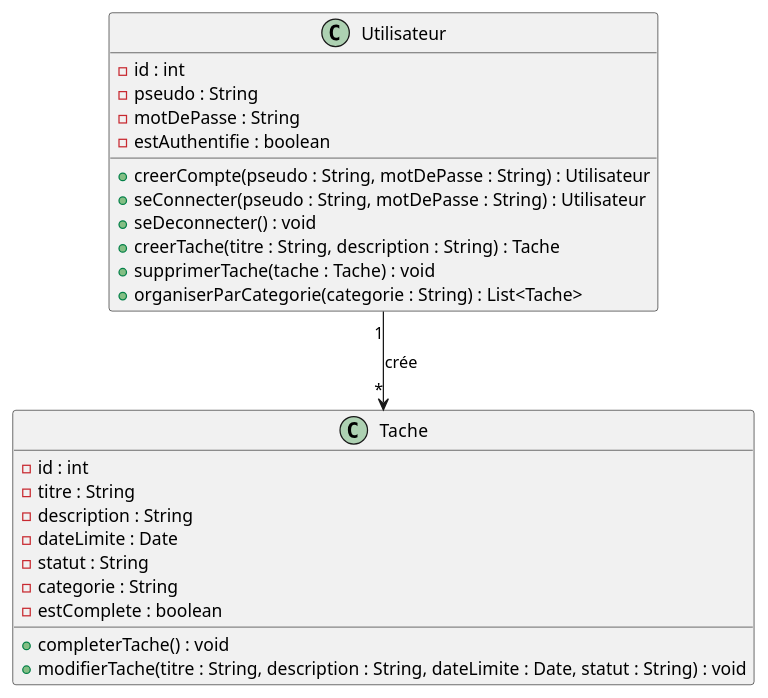
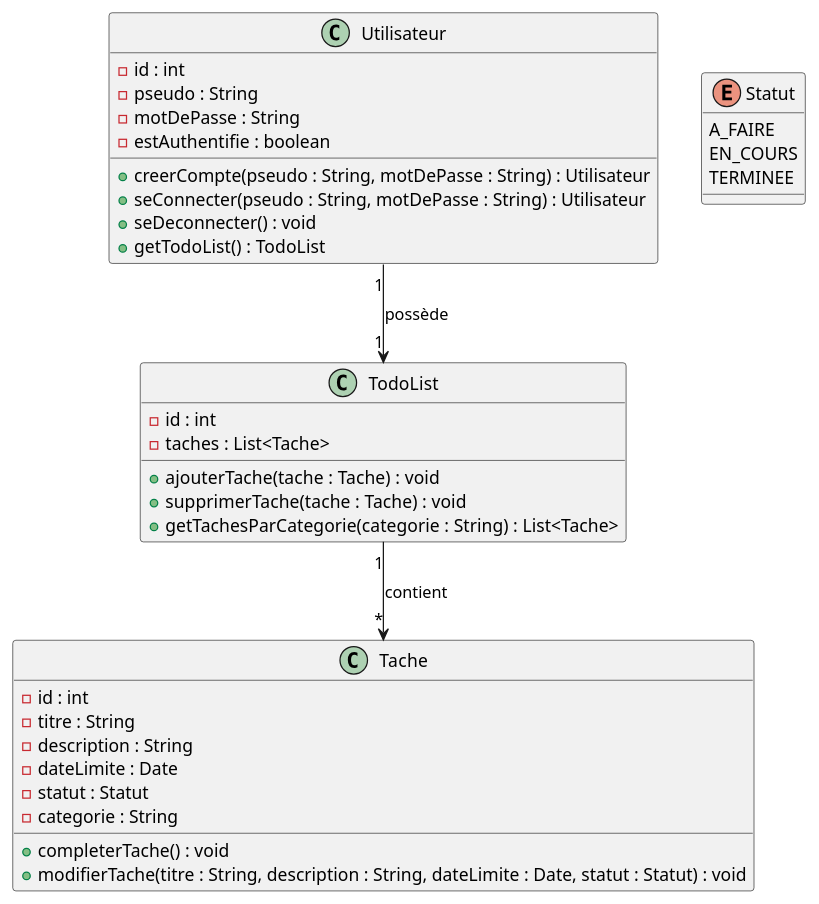
The diagram in src/main/resources/conception/diagramClass/diagramClass.puml (HoudAlami/TodoApp), drawn with PlantUML before and after one commit. The commit also changed 7 other files, not shown here.

Commit message:
Finalisation Modélisation UML

```diff
--- a/src/main/resources/conception/diagramClass/diagramClass.puml
+++ b/src/main/resources/conception/diagramClass/diagramClass.puml
@@ -1,29 +1,40 @@
 @startuml
 class Utilisateur {
     - id : int
     - pseudo : String
     - motDePasse : String
     - estAuthentifie : boolean
     + creerCompte(pseudo : String, motDePasse : String) : Utilisateur
     + seConnecter(pseudo : String, motDePasse : String) : Utilisateur
     + seDeconnecter() : void
-    + creerTache(titre : String, description : String) : Tache
+    + getTodoList() : TodoList
+}
+
+class TodoList {
+    - id : int
+    - taches : List<Tache>
+    + ajouterTache(tache : Tache) : void
     + supprimerTache(tache : Tache) : void
-    + organiserParCategorie(categorie : String) : List<Tache>
+    + getTachesParCategorie(categorie : String) : List<Tache>
 }
 
 class Tache {
     - id : int
     - titre : String
     - description : String
     - dateLimite : Date
-    - statut : String
+    - statut : Statut
     - categorie : String
-    - estComplete : boolean
     + completerTache() : void
-    + modifierTache(titre : String, description : String, dateLimite : Date, statut : String) : void
+    + modifierTache(titre : String, description : String, dateLimite : Date, statut : Statut) : void
 }
 
-Utilisateur "1" --> "*" Tache : crée
+enum Statut {
+    A_FAIRE
+    EN_COURS
+    TERMINEE
+}
 
+Utilisateur "1" --> "1" TodoList : possède
+TodoList "1" --> "*" Tache : contient
 @enduml
```
